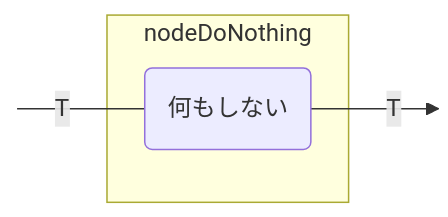
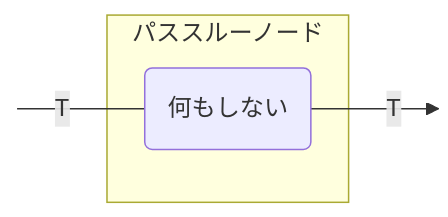
The second of 15 diagrams in docs/ja/koog/nodes-and-components.md (BinaryTape/Open-Docs), drawn with Mermaid before and after one commit. The commit also changed other lines of this file and 164 other files, not shown here.

````diff
--- a/docs/ja/koog/nodes-and-components.md
+++ b/docs/ja/koog/nodes-and-components.md
@@ -72,13 +72,13 @@
 ```mermaid
 graph LR
     in:::hidden
     out:::hidden
     
-    subgraph node ["nodeDoNothing"]
+    subgraph node ["パススルーノード"]
         execute(何もしない)
     end
     
     in ---|T| execute --T--> out
 
     classDef hidden display: none;
 ```
````
